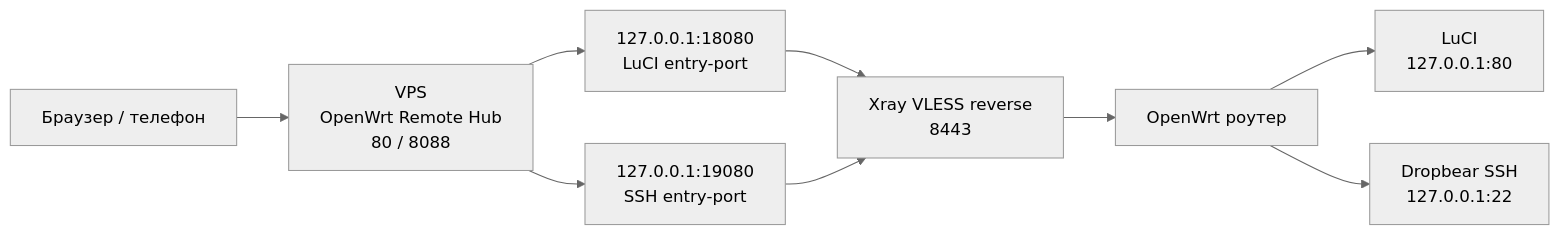
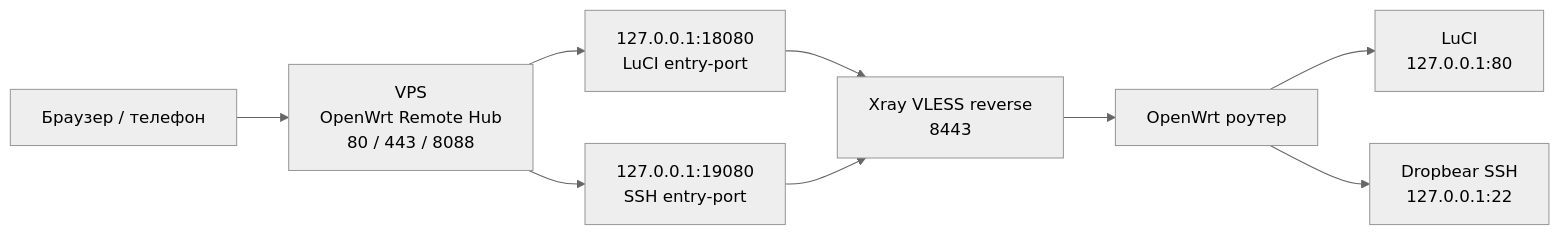
One commit to kzolotarev95/luci-app-owrt-remote changed the diagram in README.md. Above: the diagram before and after it, drawn with Mermaid (neutral theme). The commit also changed other lines of this file and 1 other file, not shown here.

Commit message:
Install HTTPS during VPS setup

````diff
--- a/README.md
+++ b/README.md
@@ -18,11 +77,11 @@
 ```mermaid
 flowchart LR
-    browser["Браузер / телефон"] --> hub["VPS<br/>OpenWrt Remote Hub<br/>80 / 8088"]
+    browser["Браузер / телефон"] --> hub["VPS<br/>OpenWrt Remote Hub<br/>80 / 443 / 8088"]
     hub --> luciEntry["127.0.0.1:18080<br/>LuCI entry-port"]
     hub --> sshEntry["127.0.0.1:19080<br/>SSH entry-port"]
     luciEntry --> xray["Xray VLESS reverse<br/>8443"]
     sshEntry --> xray
     xray --> router["OpenWrt роутер"]
     router --> luci["LuCI<br/>127.0.0.1:80"]
     router --> ssh["Dropbear SSH<br/>127.0.0.1:22"]
 ```
````
